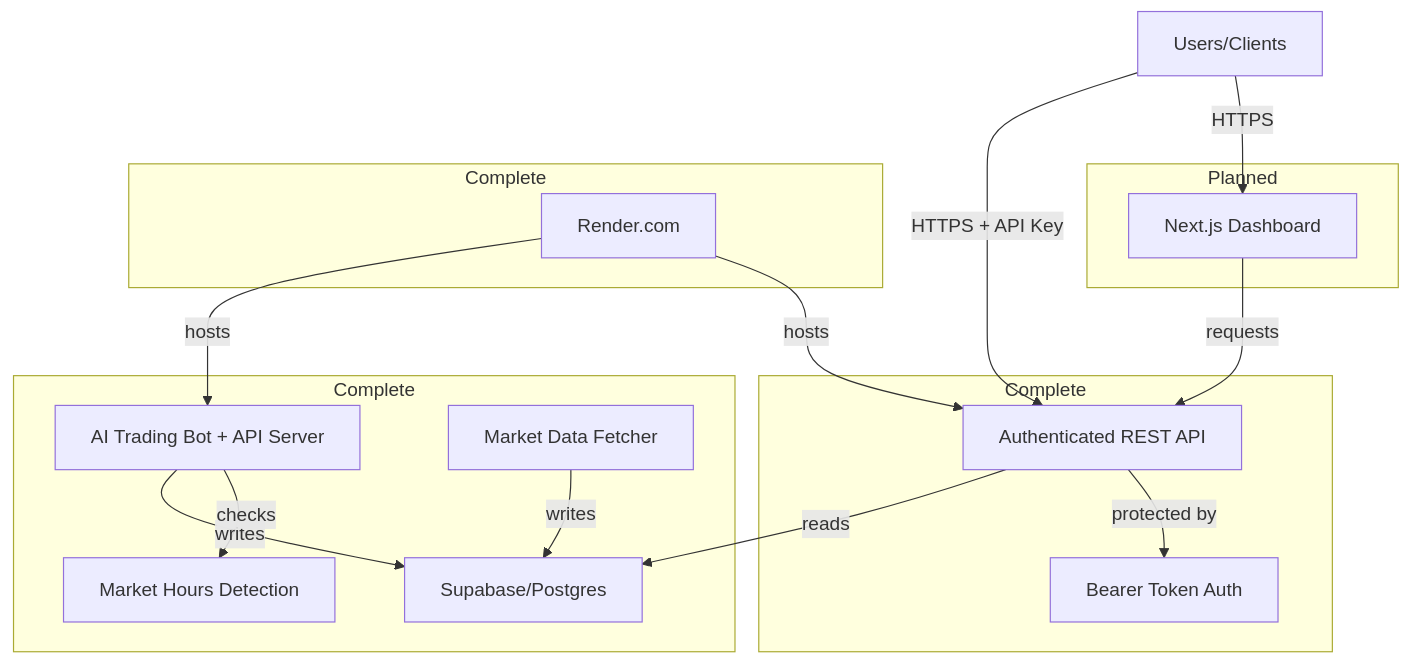
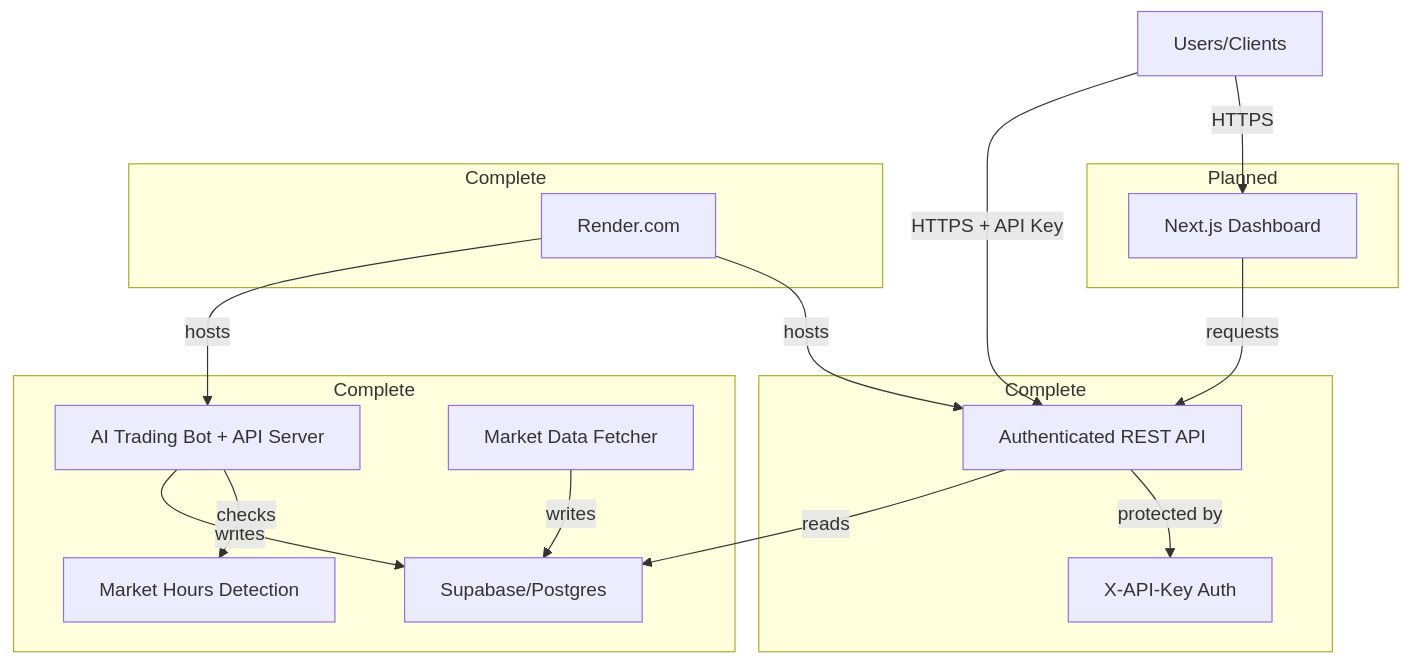
Before and after one commit to NickKasten/qual-quant: the first of 2 diagrams in docs/README.md, drawn with Mermaid. The commit also changed other lines of this file and 1 other file, not shown here.

Commit message:
Fix proxy auth header to match backend

````diff
--- a/docs/README.md
+++ b/docs/README.md
@@ -29,21 +29,21 @@
 ```mermaid
 graph TD
     subgraph Backend [Complete]
         A[AI Trading Bot + API Server] -- writes --> B[Supabase/Postgres]
         C[Market Data Fetcher] -- writes --> B
         A -- checks --> H[Market Hours Detection]
     end
     subgraph API [Complete]
         D[Authenticated REST API] -- reads --> B
-        D -- protected by --> I[Bearer Token Auth]
+        D -- protected by --> I[X-API-Key Auth]
     end
     subgraph Frontend [Planned]
         E[Next.js Dashboard] -- requests --> D
     end
     subgraph Deployment [Complete]
         F[Render.com] -- hosts --> A
         F -- hosts --> D
     end
     G[Users/Clients] -- HTTPS + API Key --> D
     G -- HTTPS --> E
 ```
````
